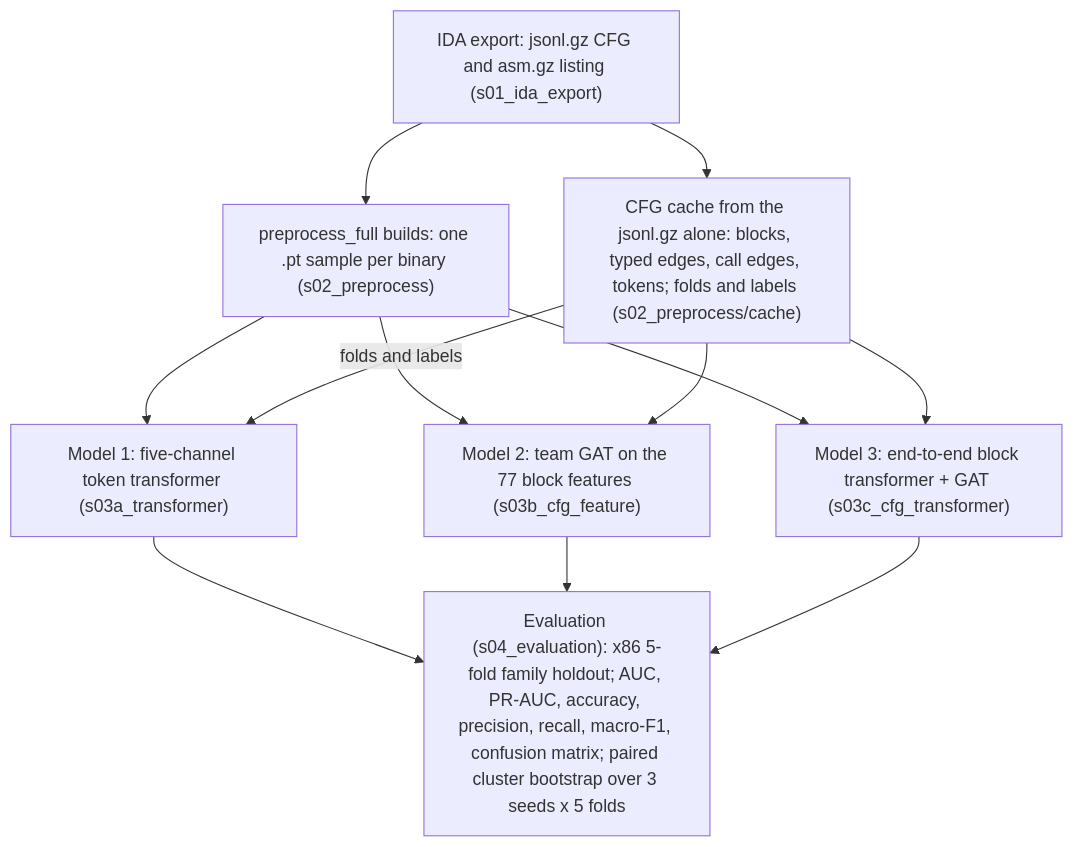
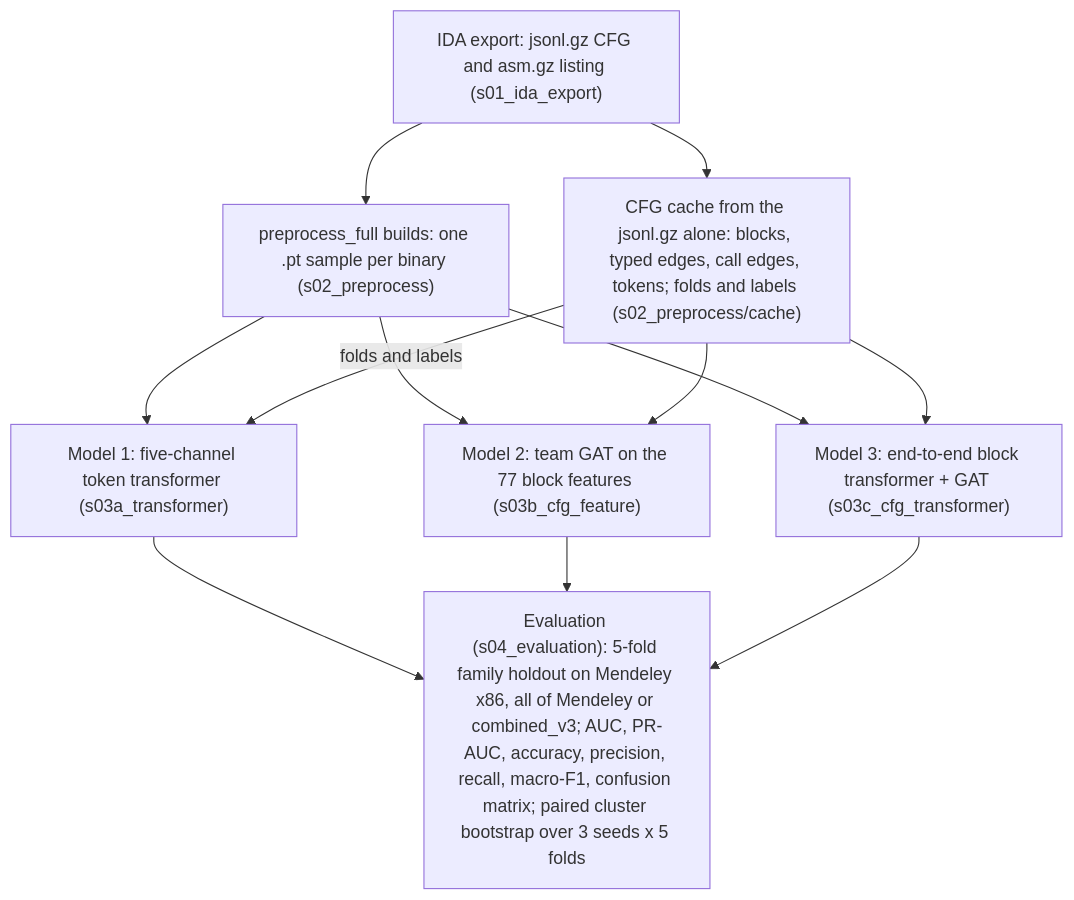
One commit to doroluo/ransomware-detection-masters-project changed the diagram in CT_GAT/pipeline/README.md. Above: the diagram before and after it, drawn with Mermaid. The commit also changed 1 other file, not shown here.

Commit message:
README: the pipeline diagram, the code chart and the stage table back at the top; the chart's evaluation names the three datasets

````diff
--- a/CT_GAT/pipeline/README.md
+++ b/CT_GAT/pipeline/README.md
@@ -13,15 +13,15 @@
 ```mermaid
 flowchart TD
     A["IDA export: jsonl.gz CFG and asm.gz listing (s01_ida_export)"] --> P["preprocess_full builds: one .pt sample per binary (s02_preprocess)"]
     P --> M1["Model 1: five-channel token transformer (s03a_transformer)"]
     P --> M2["Model 2: team GAT on the 77 block features (s03b_cfg_feature)"]
     P --> M3["Model 3: end-to-end block transformer + GAT (s03c_cfg_transformer)"]
     A --> B["CFG cache from the jsonl.gz alone: blocks, typed edges, call edges, tokens; folds and labels (s02_preprocess/cache)"]
     B -->|"folds and labels"| M1
     B --> M2
     B --> M3
     M1 --> EV
     M2 --> EV
     M3 --> EV
-    EV["Evaluation (s04_evaluation): x86 5-fold family holdout; AUC, PR-AUC, accuracy, precision, recall, macro-F1, confusion matrix; paired cluster bootstrap over 3 seeds x 5 folds"]
+    EV["Evaluation (s04_evaluation): 5-fold family holdout on Mendeley x86, all of Mendeley or combined_v3; AUC, PR-AUC, accuracy, precision, recall, macro-F1, confusion matrix; paired cluster bootstrap over 3 seeds x 5 folds"]
 ```
````
